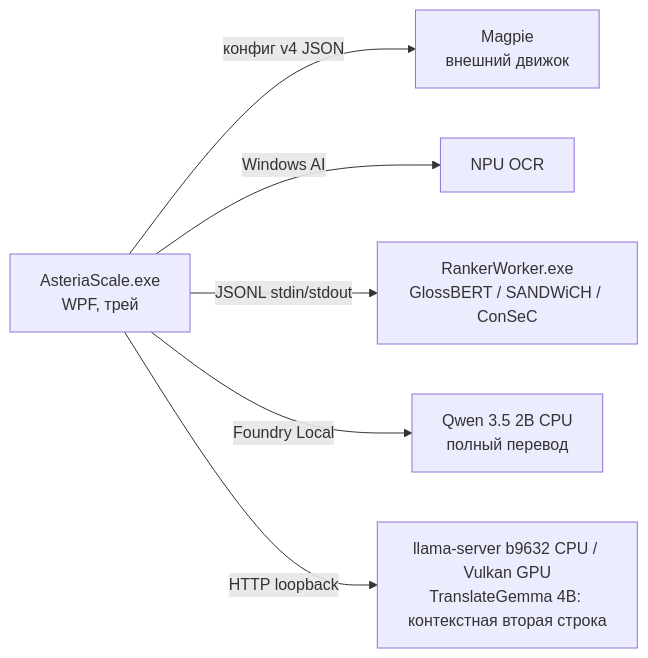
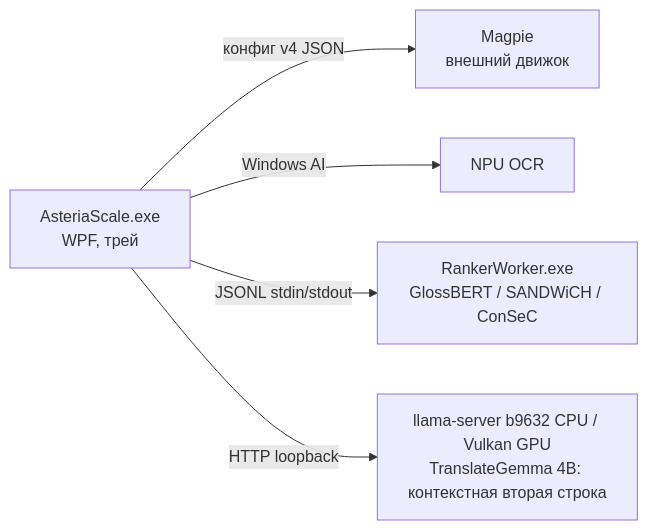
One commit to slava8519/AsteriaScale changed the diagram in docs/ARCHITECTURE.md. Above: the diagram before and after it, drawn with Mermaid. The commit also changed other lines of this file and 58 other files, not shown here.

````diff
--- a/docs/ARCHITECTURE.md
+++ b/docs/ARCHITECTURE.md
@@ -19,8 +19,7 @@
 ```mermaid
 graph LR
     A[AsteriaScale.exe<br/>WPF, трей] -->|конфиг v4 JSON| M[Magpie<br/>внешний движок]
     A -->|Windows AI| OCR[NPU OCR]
     A -->|JSONL stdin/stdout| R[RankerWorker.exe<br/>GlossBERT / SANDWiCH / ConSeC]
-    A -->|Foundry Local| Q[Qwen 3.5 2B CPU<br/>полный перевод]
     A -->|HTTP loopback| T[llama-server b9632 CPU / Vulkan GPU<br/>TranslateGemma 4B: контекстная вторая строка]
 ```
````
